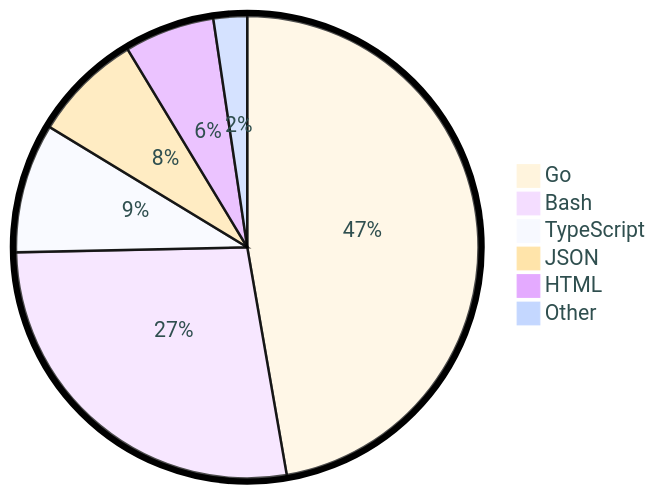
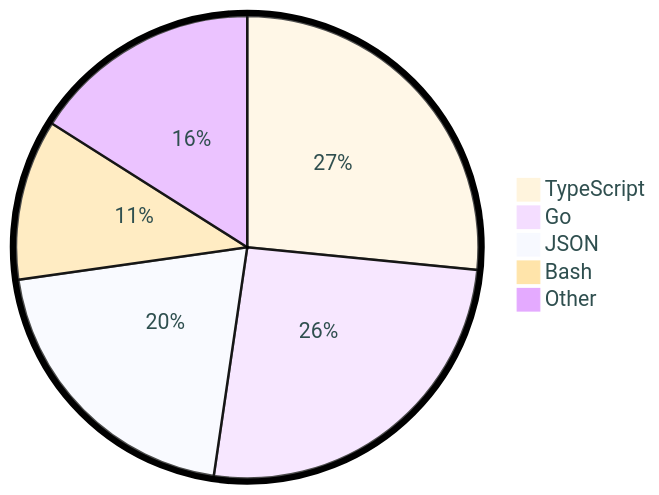
The diagram in README.md (tot0p/tot0p), drawn with Mermaid before and after one commit. The commit also changed other lines of this file, not shown here.

````diff
--- a/README.md
+++ b/README.md
@@ -76,10 +80,9 @@
 ```mermaid
 %%{init: {"pie": {"textPosition": 0.5}, "themeVariables": {"pieOuterStrokeWidth": "5px","primaryTextColor" : "#2F4F4F"},"theme":"base"} }%%
 pie
-	"Go": 47.26
-	"Bash": 27.38
-	"TypeScript": 9.05
-	"JSON": 7.65
-	"HTML": 6.3
-	"Other": 2.35
+	"TypeScript": 26.56
+	"Go": 25.75
+	"JSON": 20.44
+	"Bash": 11.23
+	"Other": 16.01
 ```
````
